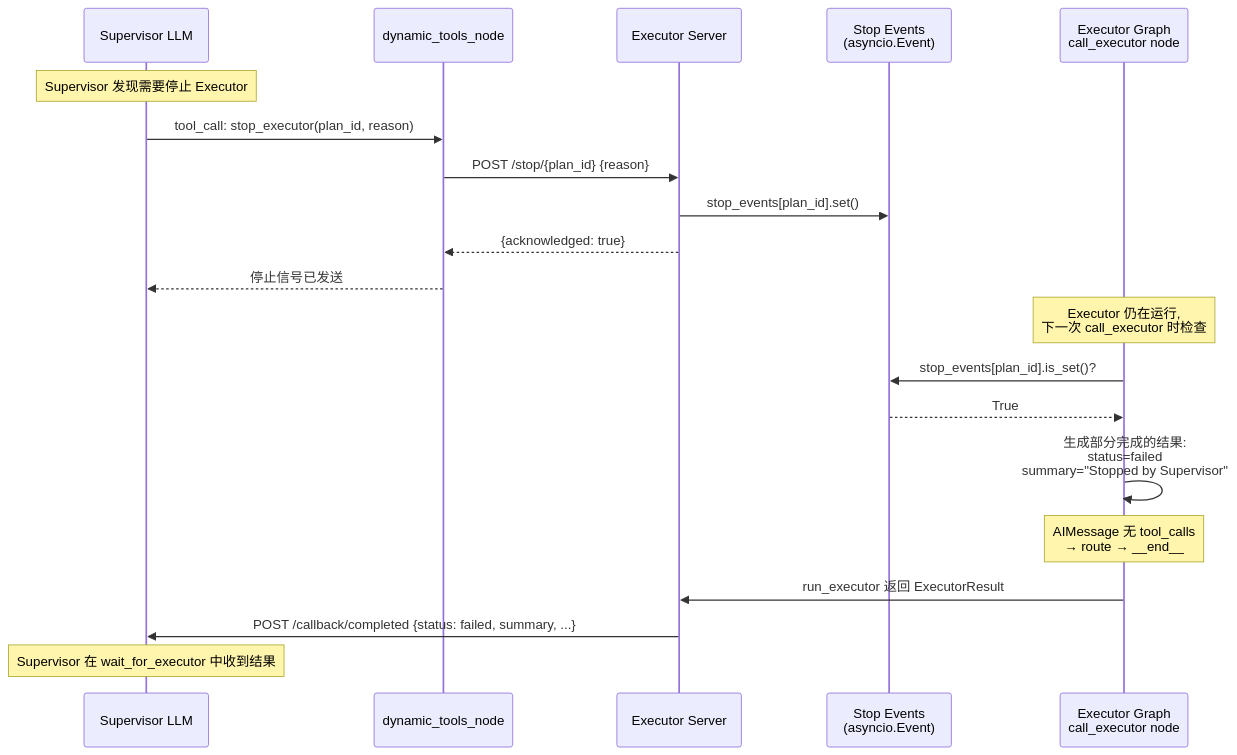
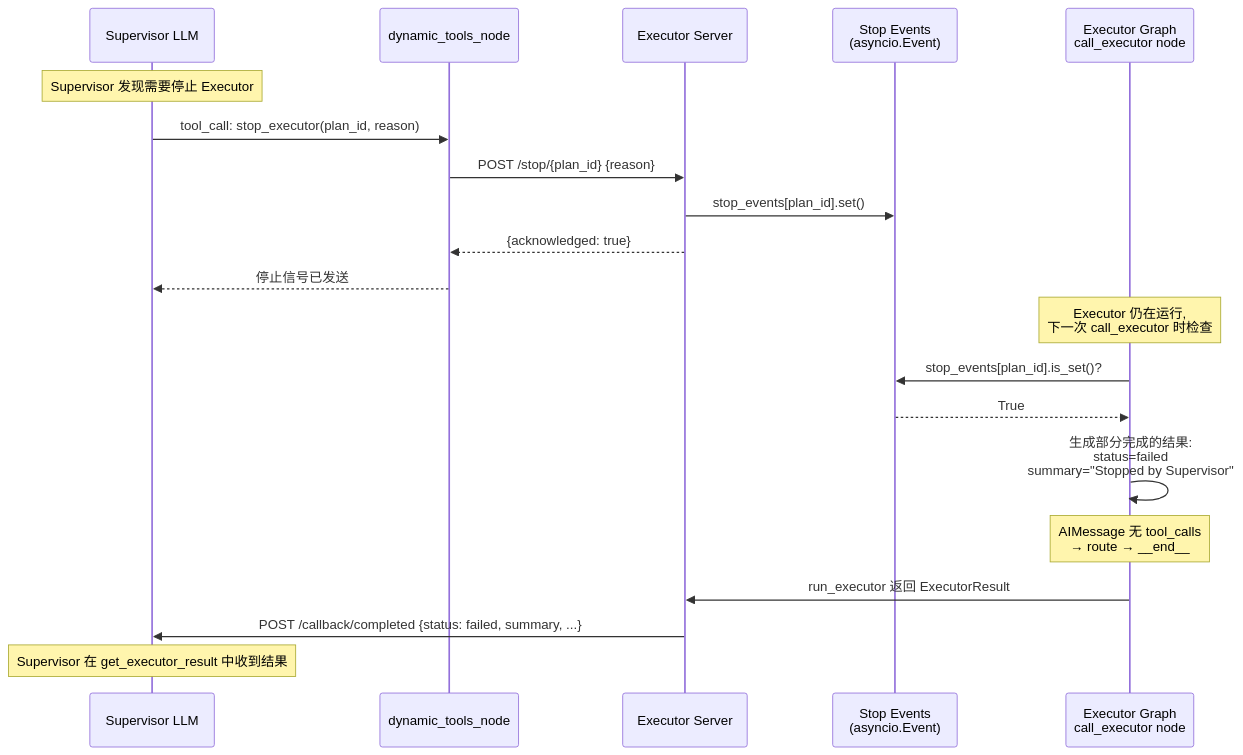
The fourth of 9 diagrams in docs/v3-architecture-diagrams.md (Tlaven/agent-triad), drawn with Mermaid before and after one commit. The commit also changed other lines of this file and 10 other files, not shown here.

First line of the commit message:
feat: V3 lifecycle integration + architecture gap remediation (G1-G7)

````diff
--- a/docs/v3-architecture-diagrams.md
+++ b/docs/v3-architecture-diagrams.md
@@ -135,27 +135,27 @@
 ```mermaid
 sequenceDiagram
     participant SM as Supervisor LLM
     participant DT as dynamic_tools_node
     participant ES as Executor Server
     participant SF as Stop Events<br/>(asyncio.Event)
     participant EG as Executor Graph<br/>call_executor node
 
     Note over SM: Supervisor 发现需要停止 Executor
 
     SM->>DT: tool_call: stop_executor(plan_id, reason)
     DT->>ES: POST /stop/{plan_id} {reason}
     ES->>SF: stop_events[plan_id].set()
     ES-->>DT: {acknowledged: true}
     DT-->>SM: 停止信号已发送
 
     Note over EG: Executor 仍在运行,<br/>下一次 call_executor 时检查
 
     EG->>SF: stop_events[plan_id].is_set()?
     SF-->>EG: True
     EG->>EG: 生成部分完成的结果:<br/>status=failed<br/>summary="Stopped by Supervisor"
     Note over EG: AIMessage 无 tool_calls<br/>→ route → __end__
     EG->>ES: run_executor 返回 ExecutorResult
     ES->>SM: POST /callback/completed {status: failed, summary, ...}
 
-    Note over SM: Supervisor 在 wait_for_executor 中收到结果
+    Note over SM: Supervisor 在 get_executor_result 中收到结果
 ```
````
